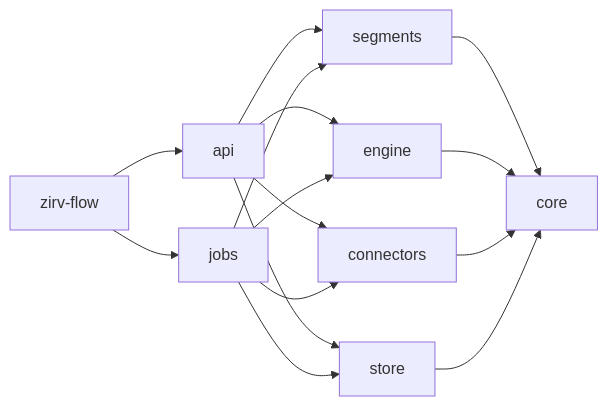
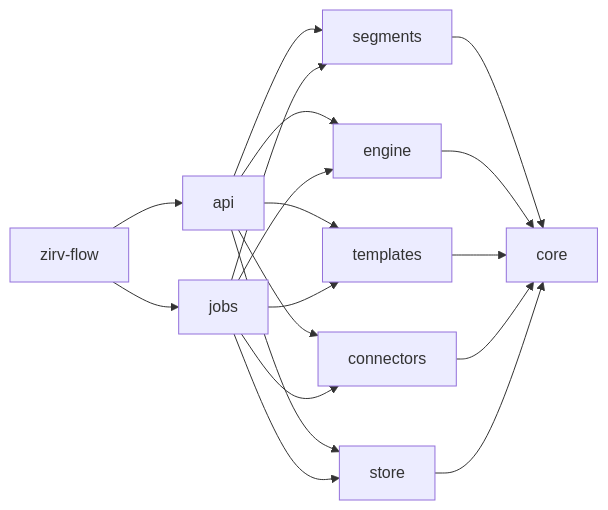
One commit to Glubiz/zirv-flow changed the third of 5 diagrams in docs/architecture.md. Above: the diagram before and after it, drawn with Mermaid. The commit also changed other lines of this file and 3 other files, not shown here.

First line of the commit message:
docs: add the multi-channel template builder to the architecture

````diff
--- a/docs/architecture.md
+++ b/docs/architecture.md
@@ -139,7 +142,7 @@
 ```mermaid
 flowchart LR
   bin[zirv-flow] --> api & jobs
-  api --> segments & engine & connectors & store
-  jobs --> segments & engine & connectors & store
-  segments & engine & connectors & store --> core
+  api --> segments & engine & templates & connectors & store
+  jobs --> segments & engine & templates & connectors & store
+  segments & engine & templates & connectors & store --> core
 ```
````
